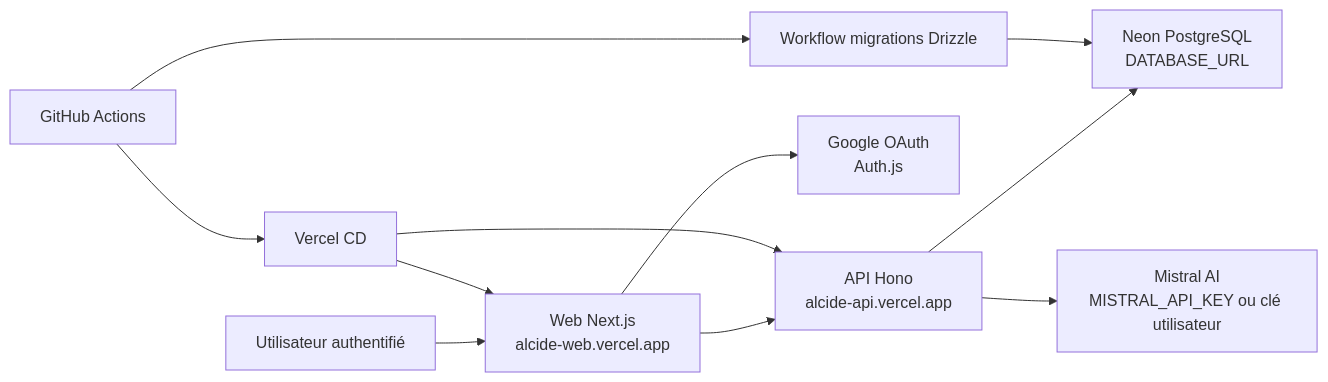
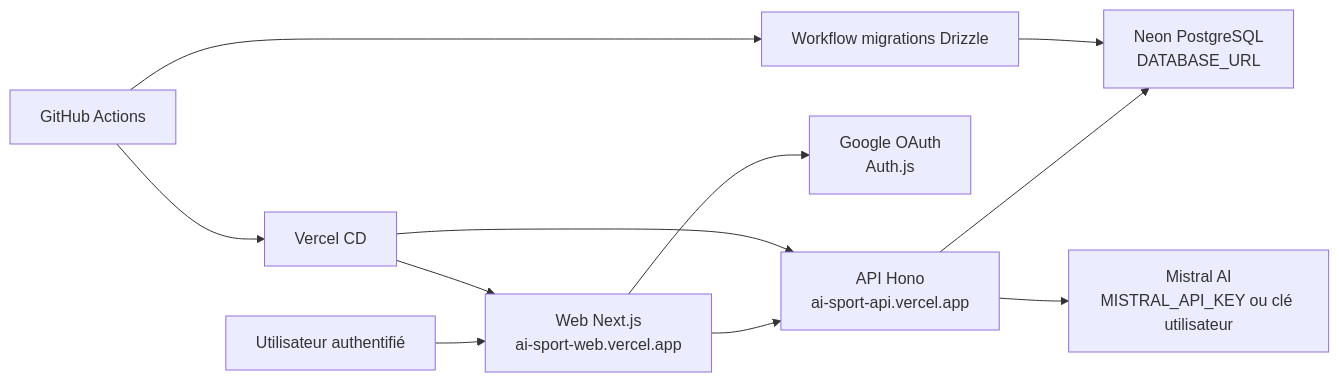
The diagram in docs/rncp/bloc4-mco-rncp39583.md (Kevinmrgt/aiSport), drawn with Mermaid before and after one commit. The commit also changed other lines of this file and 7 other files, not shown here.

````diff
--- a/docs/rncp/bloc4-mco-rncp39583.md
+++ b/docs/rncp/bloc4-mco-rncp39583.md
@@ -64,13 +65,13 @@
 ```mermaid
 flowchart LR
-  U["Utilisateur authentifié"] --> W["Web Next.js<br/>alcide-web.vercel.app"]
-  W --> A["API Hono<br/>alcide-api.vercel.app"]
+  U["Utilisateur authentifié"] --> W["Web Next.js<br/>ai-sport-web.vercel.app"]
+  W --> A["API Hono<br/>ai-sport-api.vercel.app"]
   A --> DB["Neon PostgreSQL<br/>DATABASE_URL"]
   A --> IA["Mistral AI<br/>MISTRAL_API_KEY ou clé utilisateur"]
   W --> G["Google OAuth<br/>Auth.js"]
   GH["GitHub Actions"] --> V["Vercel CD"]
   GH --> M["Workflow migrations Drizzle"]
   M --> DB
   V --> W
   V --> A
 ```
````
